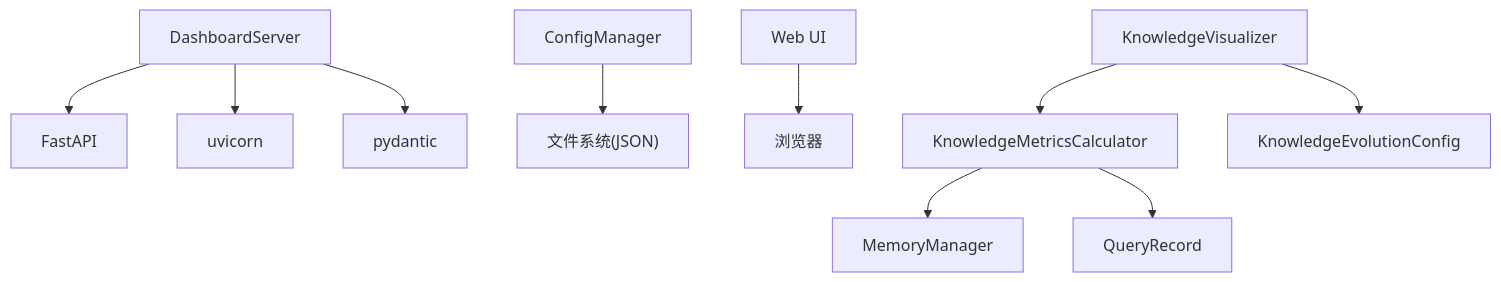
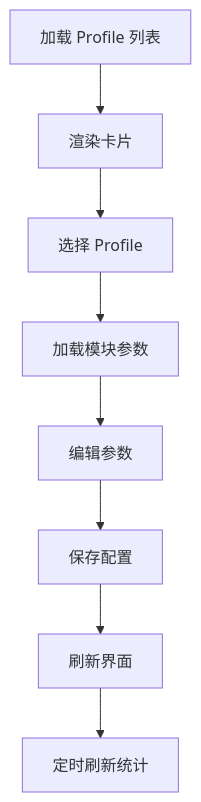
Before and after one commit to JieGaoPrinceton/NecoRAG: the sixth of 7 diagrams in .qoder/repowiki/zh/content/仪表板系统/仪表板系统.md, drawn with Mermaid. The commit also changed other lines of this file and 222 other files, not shown here.

````diff
--- a/.qoder/repowiki/zh/content/仪表板系统/仪表板系统.md
+++ b/.qoder/repowiki/zh/content/仪表板系统/仪表板系统.md
@@ -514,12 +268,10 @@
 ```mermaid
-graph TB
-S["DashboardServer"] --> F["FastAPI"]
-S --> U["uvicorn"]
-S --> P["pydantic"]
-CM["ConfigManager"] --> FS["文件系统(JSON)"]
-UI["Web UI"] --> Browser["浏览器"]
-KV["KnowledgeVisualizer"] --> KM["KnowledgeMetricsCalculator"]
-KV --> EC["KnowledgeEvolutionConfig"]
-KM --> MM["MemoryManager"]
-KM --> QC["QueryRecord"]
+flowchart TD
+LoadProfiles["加载 Profile 列表"] --> Render["渲染卡片"]
+Render --> Select["选择 Profile"]
+Select --> LoadParams["加载模块参数"]
+LoadParams --> Edit["编辑参数"]
+Edit --> Save["保存配置"]
+Save --> Refresh["刷新界面"]
+Refresh --> LoadStats["定时刷新统计"]
 ```
````
